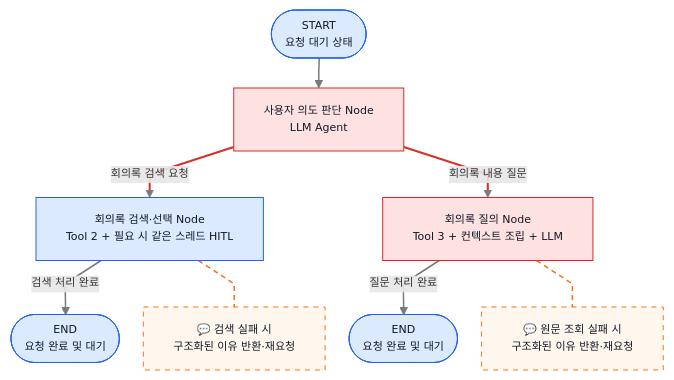
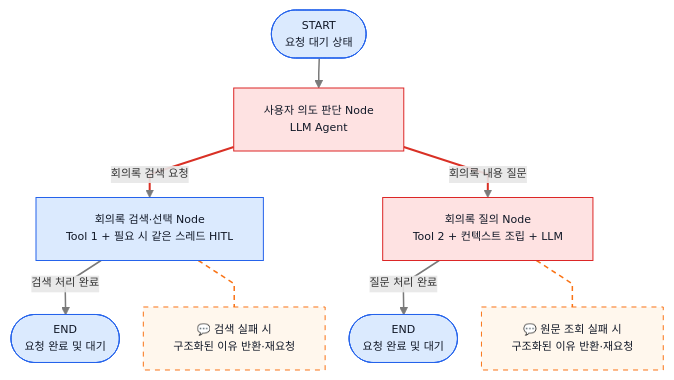
The fifth of 8 diagrams in ZENAI/에이전트 설계/회의록 에이전트 설계/1-2. 회의록 에이전트 워크플로우 Graph 상세.md (ericyum/Obsidian), drawn with Mermaid before and after one commit. The commit also changed other lines of this file and 5 other files, not shown here.

````diff
--- a/ZENAI/에이전트 설계/회의록 에이전트 설계/1-2. 회의록 에이전트 워크플로우 Graph 상세.md
+++ b/ZENAI/에이전트 설계/회의록 에이전트 설계/1-2. 회의록 에이전트 워크플로우 Graph 상세.md
@@ -332,20 +314,20 @@
 ```mermaid
 %%{init: {"flowchart": {"useMaxWidth": true, "nodeSpacing": 24, "rankSpacing": 30, "curve": "linear"}, "themeVariables": {"fontSize": "11px"}}}%%
 flowchart TB
     S(["START<br/>요청 대기 상태"]) --> A["사용자 의도 판단 Node<br/>LLM Agent"]
-    A -->|"회의록 검색 요청"| R["회의록 검색·선택 Node<br/>Tool 2 + 필요 시 같은 스레드 HITL"]
-    A -->|"회의록 내용 질문"| Q["회의록 질의 Node<br/>Tool 3 + 컨텍스트 조립 + LLM"]
+    A -->|"회의록 검색 요청"| R["회의록 검색·선택 Node<br/>Tool 1 + 필요 시 같은 스레드 HITL"]
+    A -->|"회의록 내용 질문"| Q["회의록 질의 Node<br/>Tool 2 + 컨텍스트 조립 + LLM"]
     R -->|"검색 처리 완료"| E1(["END<br/>요청 완료 및 대기"])
     Q -->|"질문 처리 완료"| E2(["END<br/>요청 완료 및 대기"])
     R -.- RR["💬 검색 실패 시<br/>구조화된 이유 반환·재요청"]
     Q -.- RQ["💬 원문 조회 실패 시<br/>구조화된 이유 반환·재요청"]
     classDef internal fill:#dbeafe,stroke:#2563eb,color:#111827;
     classDef llm fill:#fee2e2,stroke:#dc2626,color:#111827;
     classDef note fill:#fff7ed,stroke:#f97316,color:#111827,stroke-dasharray:5 5;
     class A,Q llm;
     class R,S,E1,E2 internal;
     class RR,RQ note;
     linkStyle default stroke:#7a7a7a,stroke-width:1.5px;
     linkStyle 1,2 stroke:#d93025,stroke-width:2px;
     linkStyle 5,6 stroke:#f97316,stroke-width:1.5px,stroke-dasharray:5 4;
 ```
````
